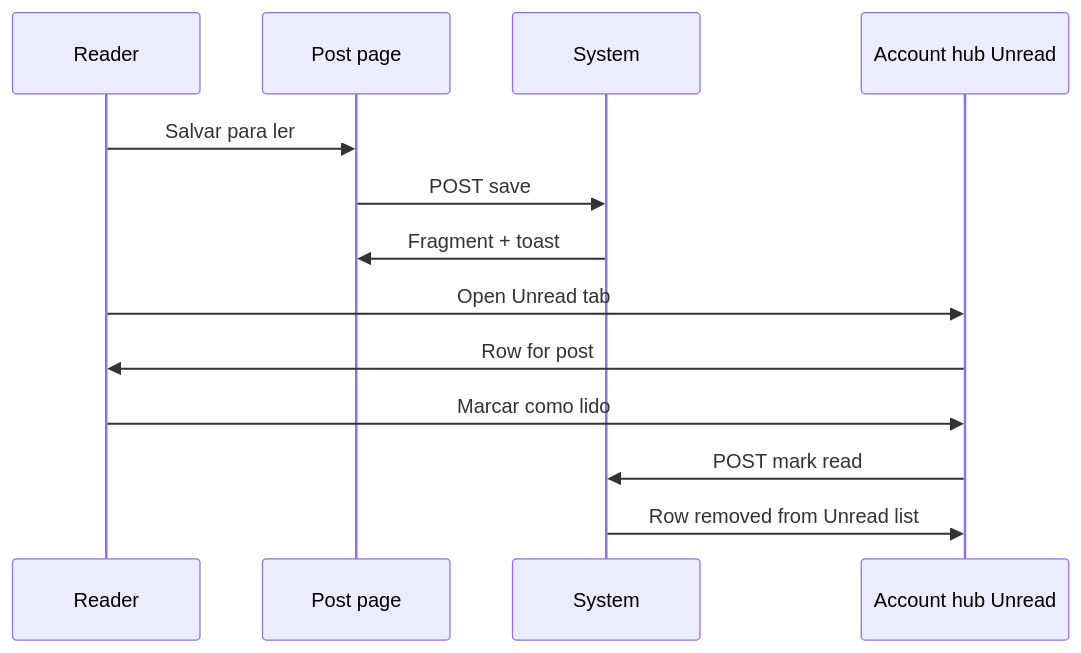
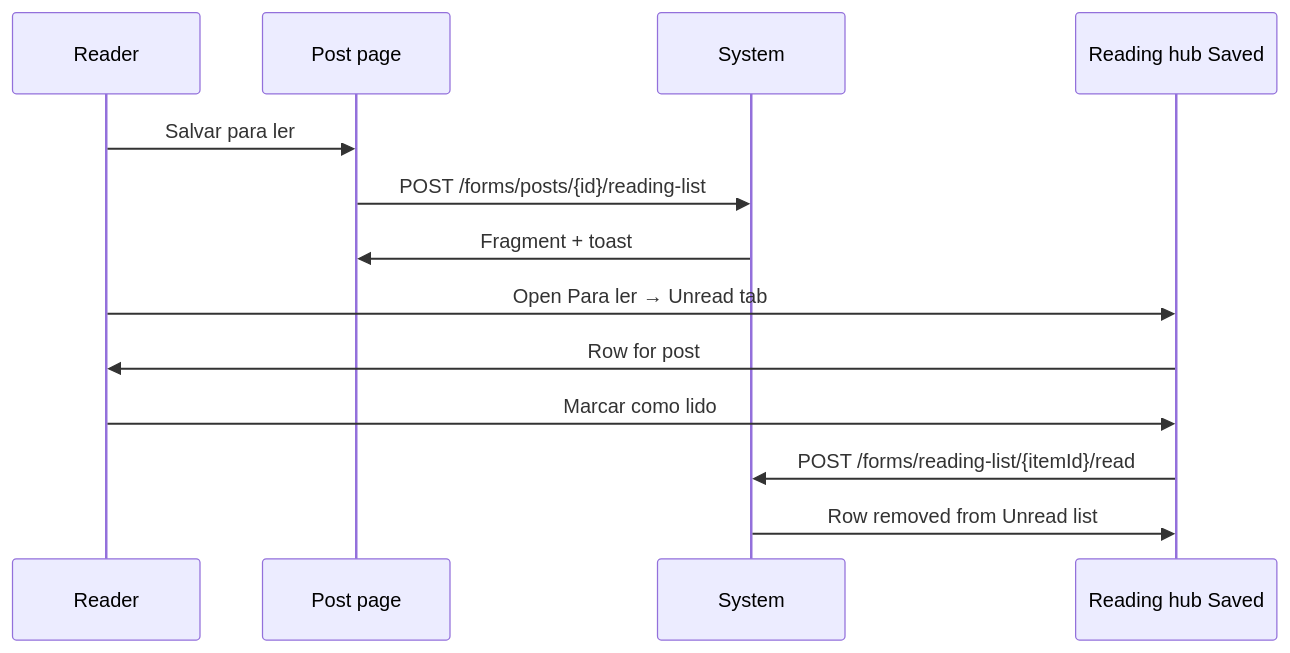
Before and after one commit to vepo/contraponto: the second of 3 diagrams in docs/prd/reading-list.md, drawn with Mermaid. The commit also changed other lines of this file, not shown here.

````diff
--- a/docs/prd/reading-list.md
+++ b/docs/prd/reading-list.md
@@ -278,16 +311,16 @@
 ```mermaid
 sequenceDiagram
     participant R as Reader
     participant P as Post page
     participant S as System
-    participant H as Account hub Unread
+    participant H as Reading hub Saved
 
     R->>P: Salvar para ler
-    P->>S: POST save
+    P->>S: POST /forms/posts/{id}/reading-list
     S->>P: Fragment + toast
-    R->>H: Open Unread tab
+    R->>H: Open Para ler → Unread tab
     H->>R: Row for post
     R->>H: Marcar como lido
-    H->>S: POST mark read
+    H->>S: POST /forms/reading-list/{itemId}/read
     S->>H: Row removed from Unread list
 ```
````
